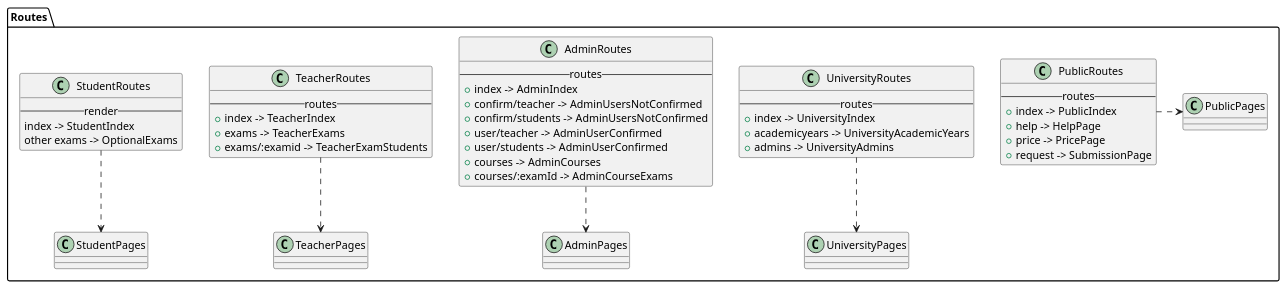
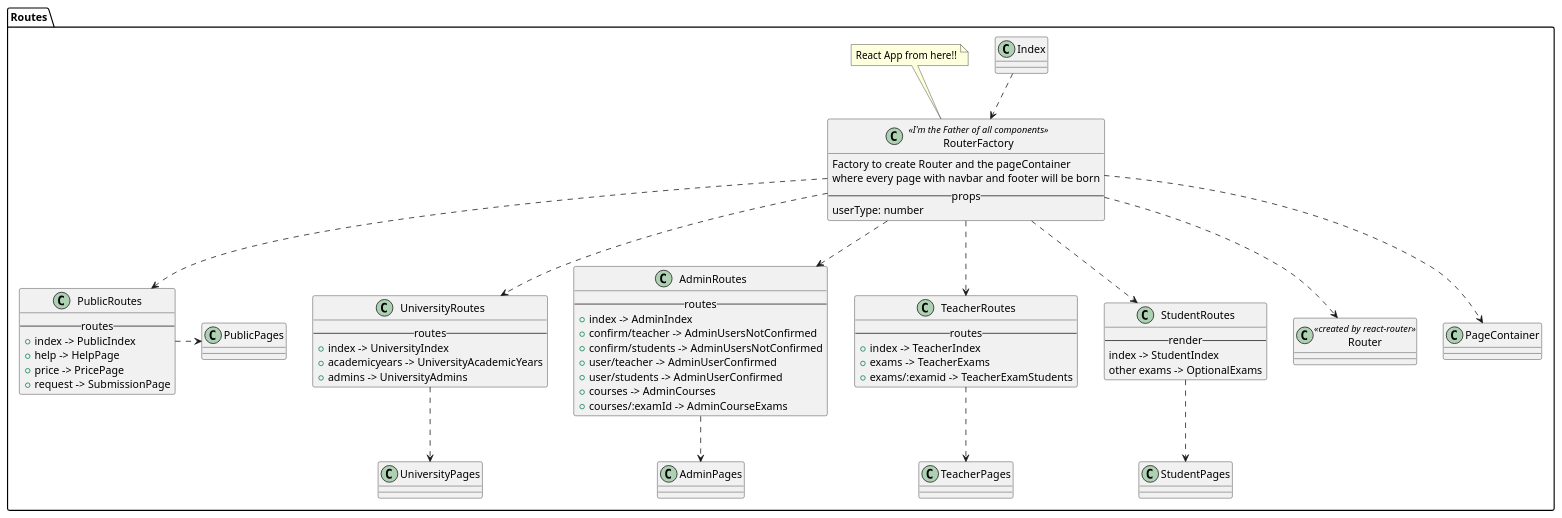
The diagram in react/routes/index.iuml (M9k/Marvin-Uml), drawn with PlantUML before and after one commit. The commit also changed 15 other files, not shown here.

Commit message:
:tada: aggiunto RouterFactory, App

```diff
--- a/react/routes/index.iuml
+++ b/react/routes/index.iuml
@@ -1,49 +1,74 @@
+package Routes{
 
-package Routes{
+class RouterFactory <<I'm the Father of all components>>{
+    Factory to create Router and the pageContainer
+    where every page with navbar and footer will be born
+    --props--
+        userType: number
+}
+
+Index ..> RouterFactory
+
+RouterFactory ..>UniversityRoutes
+RouterFactory ..>AdminRoutes
+RouterFactory ..>TeacherRoutes
+RouterFactory ..>StudentRoutes
+RouterFactory ..>PublicRoutes
+
+RouterFactory ..> Router
+RouterFactory ..> PageContainer
+
+note top of RouterFactory
+        React App from here!!
+end note
+
+class Router <<created by react-router>>{
+
+}
 
 class UniversityRoutes {
     --routes--
         + index -> UniversityIndex
         + academicyears -> UniversityAcademicYears
         + admins -> UniversityAdmins
 }
 UniversityRoutes ..> UniversityPages
 
 class AdminRoutes{
     --routes--
         + index -> AdminIndex
         + confirm/teacher -> AdminUsersNotConfirmed
         + confirm/students -> AdminUsersNotConfirmed
         + user/teacher -> AdminUserConfirmed
         + user/students -> AdminUserConfirmed
         + courses -> AdminCourses
         + courses/:examId -> AdminCourseExams
 }
 AdminRoutes ..> AdminPages
 
 class TeacherRoutes {
     --routes--
         + index -> TeacherIndex
         + exams -> TeacherExams
         + exams/:examid -> TeacherExamStudents
 }
 TeacherRoutes ..> TeacherPages
 
 class StudentRoutes{
     --render--
          index -> StudentIndex
          other exams -> OptionalExams
 }
 StudentRoutes ..> StudentPages
 
 class PublicRoutes{
     --routes--
         + index -> PublicIndex
         + help -> HelpPage
         + price -> PricePage
         + request -> SubmissionPage
 }
 PublicRoutes .> PublicPages
 
 
 }
```
